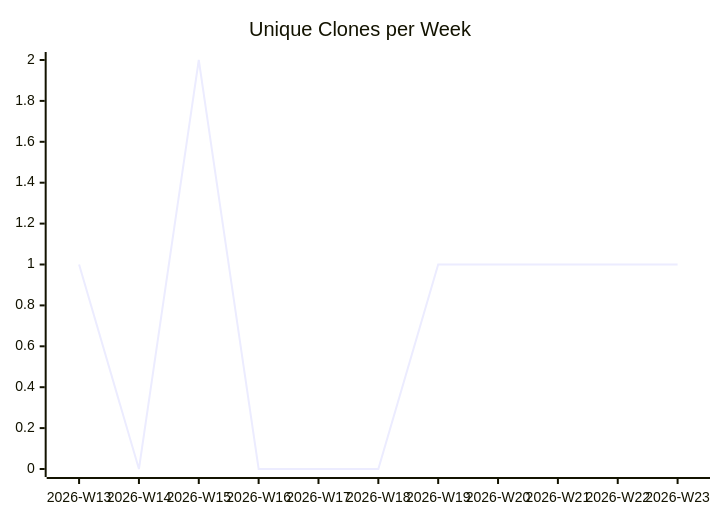
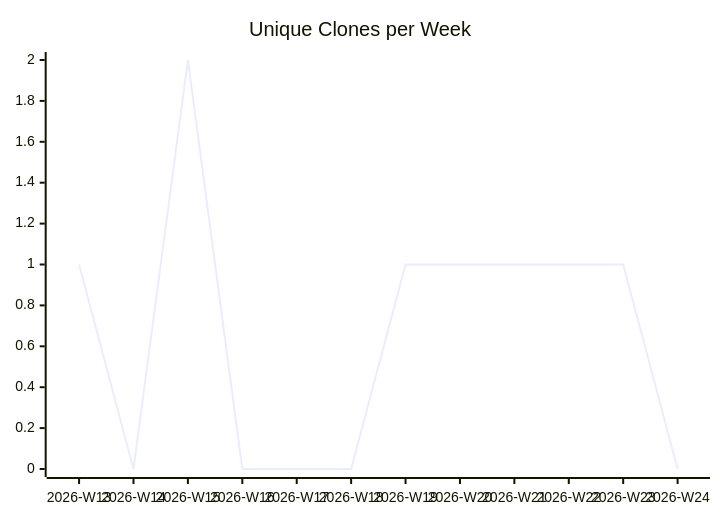
One commit to justdavis-family/github-analytics-data changed the third of 3 diagrams in karlmdavis/puppet-archive/README.md. Above: the diagram before and after it, drawn with Mermaid. The commit also changed other lines of this file and 189 other files, not shown here.

````diff
--- a/karlmdavis/puppet-archive/README.md
+++ b/karlmdavis/puppet-archive/README.md
@@ -19,6 +19,6 @@
 ```mermaid
 xychart-beta
   title "Unique Clones per Week"
-  x-axis ["2026-W13", "2026-W14", "2026-W15", "2026-W16", "2026-W17", "2026-W18", "2026-W19", "2026-W20", "2026-W21", "2026-W22", "2026-W23"]
-  line [1, 0, 2, 0, 0, 0, 1, 1, 1, 1, 1]
+  x-axis ["2026-W13", "2026-W14", "2026-W15", "2026-W16", "2026-W17", "2026-W18", "2026-W19", "2026-W20", "2026-W21", "2026-W22", "2026-W23", "2026-W24"]
+  line [1, 0, 2, 0, 0, 0, 1, 1, 1, 1, 1, 0]
 ```
````
